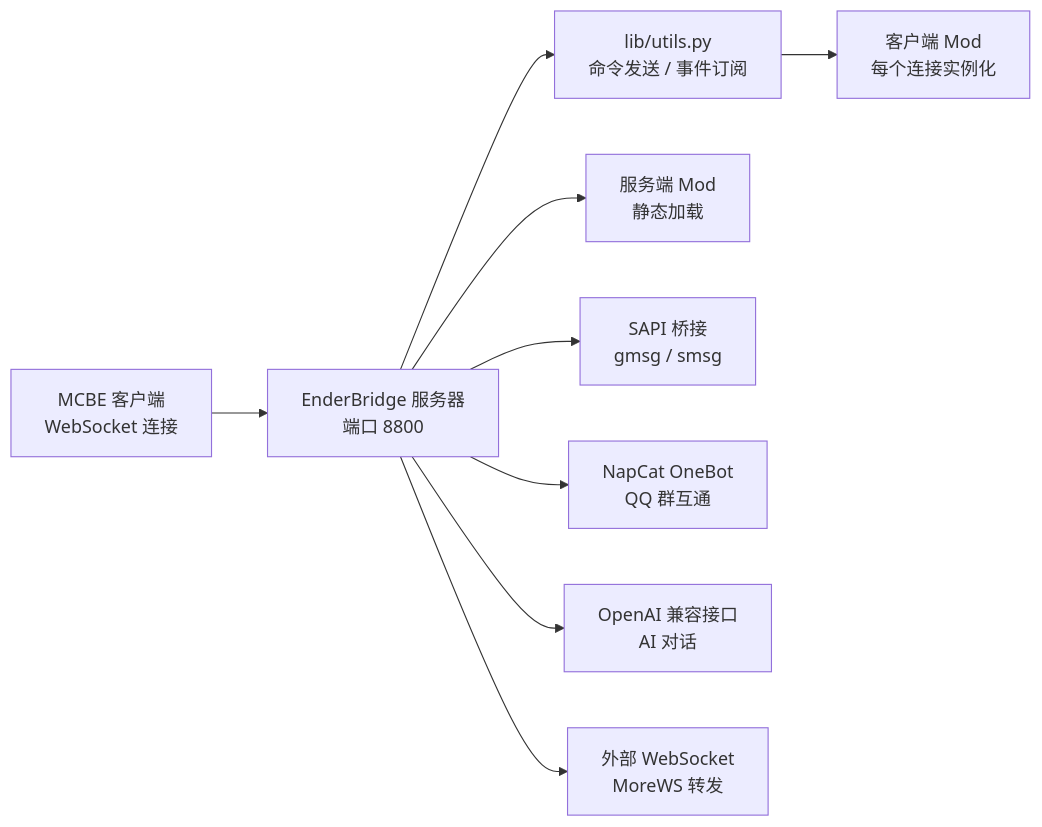
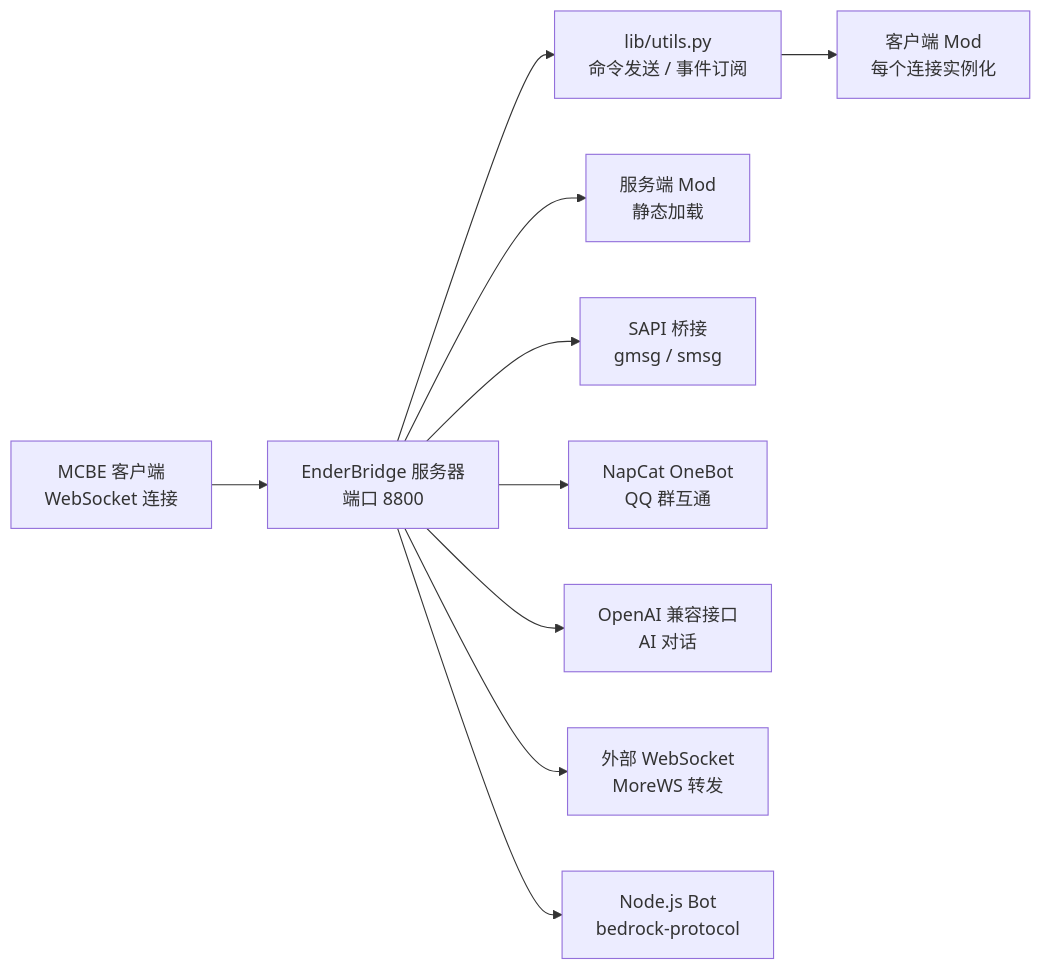
One commit to Hydrooxzgen/EnderBridge changed the diagram in README.md. Above: the diagram before and after it, drawn with Mermaid. The commit also changed other lines of this file and 2 other files, not shown here.

````diff
--- a/README.md
+++ b/README.md
@@ -273,11 +278,12 @@
 ```mermaid
 graph LR
     A[MCBE 客户端<br/>WebSocket 连接] --> B[EnderBridge 服务器<br/>端口 8800]
     B --> C[lib/utils.py<br/>命令发送 / 事件订阅]
     C --> D[客户端 Mod<br/>每个连接实例化]
     B --> E[服务端 Mod<br/>静态加载]
     B --> F[SAPI 桥接<br/>gmsg / smsg]
     B --> G[NapCat OneBot<br/>QQ 群互通]
     B --> H[OpenAI 兼容接口<br/>AI 对话]
     B --> I[外部 WebSocket<br/>MoreWS 转发]
+    B --> J[Node.js Bot<br/>bedrock-protocol]
 ```
````
